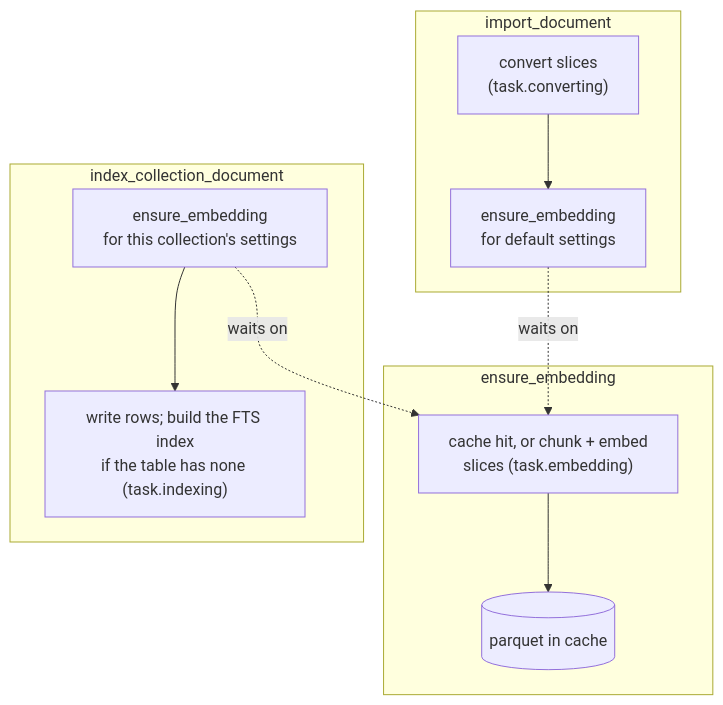
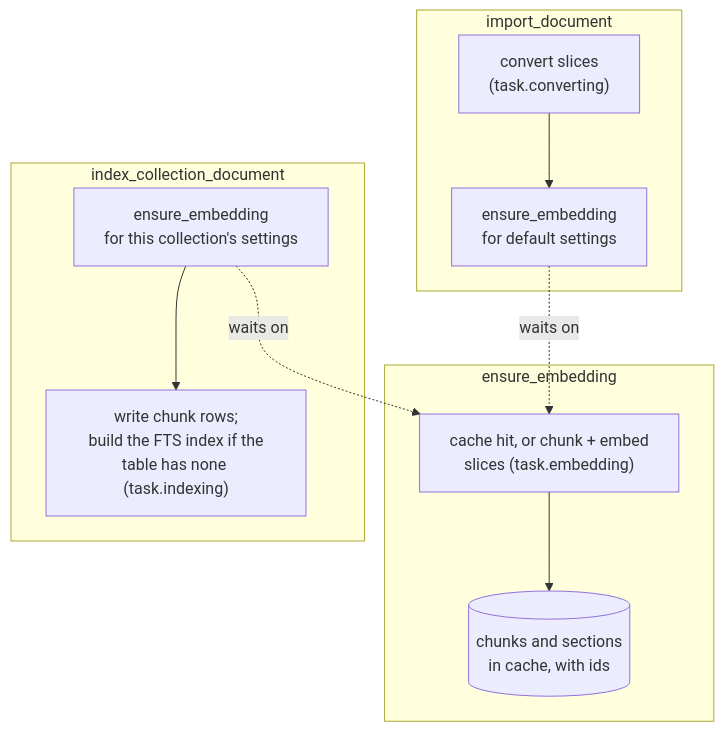
Before and after one commit to haskian/haskie: the second of 3 diagrams in docs/indexing.md, drawn with Mermaid. The commit also changed other lines of this file and 124 other files, not shown here.

````diff
--- a/docs/indexing.md
+++ b/docs/indexing.md
@@ -33,14 +33,14 @@
 ```mermaid
 flowchart TB
     subgraph import_document
         conv["convert slices<br/>(task.converting)"] --> warm["ensure_embedding<br/>for default settings"]
     end
     subgraph ensure_embedding
-        chunk["cache hit, or chunk + embed<br/>slices (task.embedding)"] --> parquet[("parquet in cache")]
+        chunk["cache hit, or chunk + embed<br/>slices (task.embedding)"] --> parquet[("chunks and sections<br/>in cache, with ids")]
     end
     subgraph index_collection_document
-        need["ensure_embedding<br/>for this collection's settings"] --> rows["write rows; build the FTS index<br/>if the table has none (task.indexing)"]
+        need["ensure_embedding<br/>for this collection's settings"] --> rows["write chunk rows;<br/>build the FTS index if the<br/>table has none (task.indexing)"]
     end
     warm -.waits on.-> chunk
     need -.waits on.-> chunk
 ```
````
